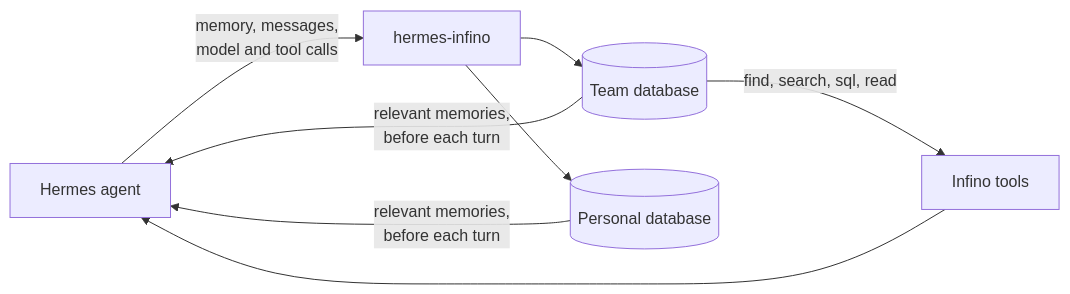
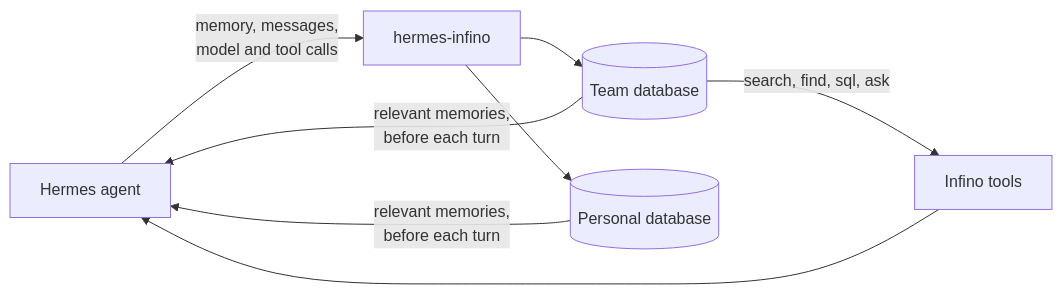
One commit to infino-ai/hermes-infino changed the first of 5 diagrams in README.md. Above: the diagram before and after it, drawn with Mermaid. The commit also changed other lines of this file, not shown here.

First line of the commit message:
README: the tools per mode, tool search, and what changed today

````diff
--- a/README.md
+++ b/README.md
@@ -9,10 +9,10 @@
 ```mermaid
 flowchart LR
   H[Hermes agent] -- "memory, messages,<br/>model and tool calls" --> P[hermes-infino]
   P --> T[(Team database)]
   P --> M[(Personal database)]
   T -- "relevant memories,<br/>before each turn" --> H
   M -- "relevant memories,<br/>before each turn" --> H
-  T -- "find, search, sql, read" --> C[Infino tools]
+  T -- "search, find, sql, ask" --> C[Infino tools]
   C --> H
 ```
````
